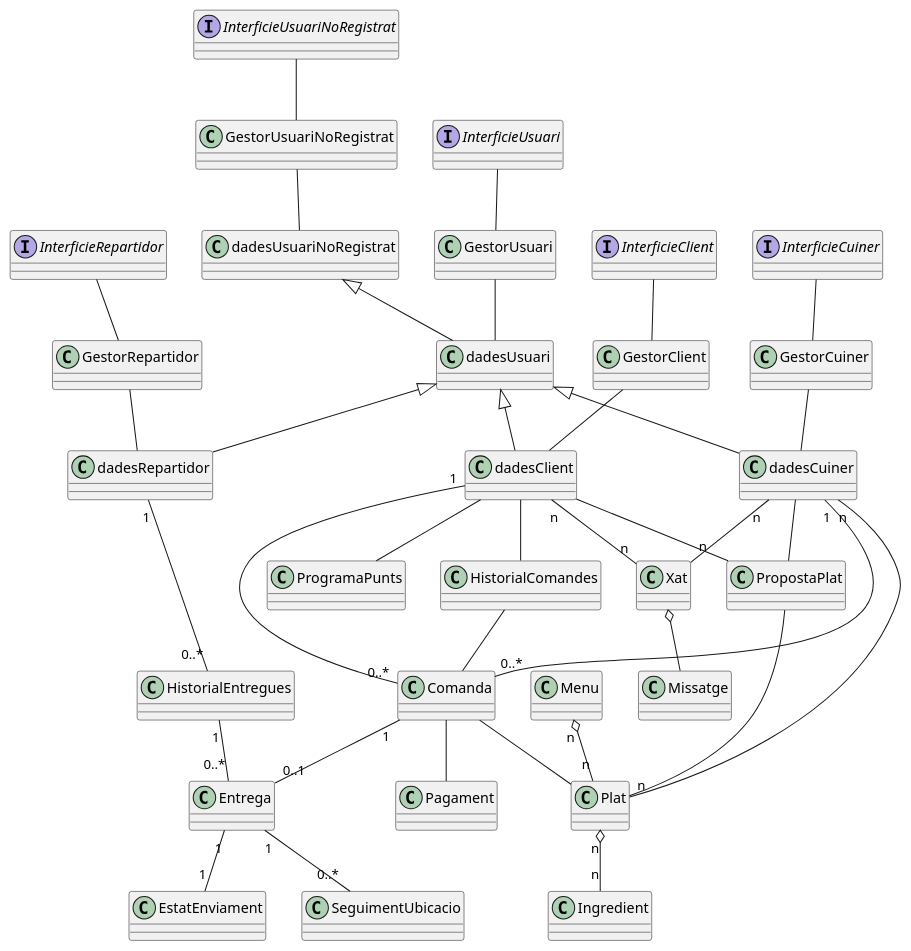
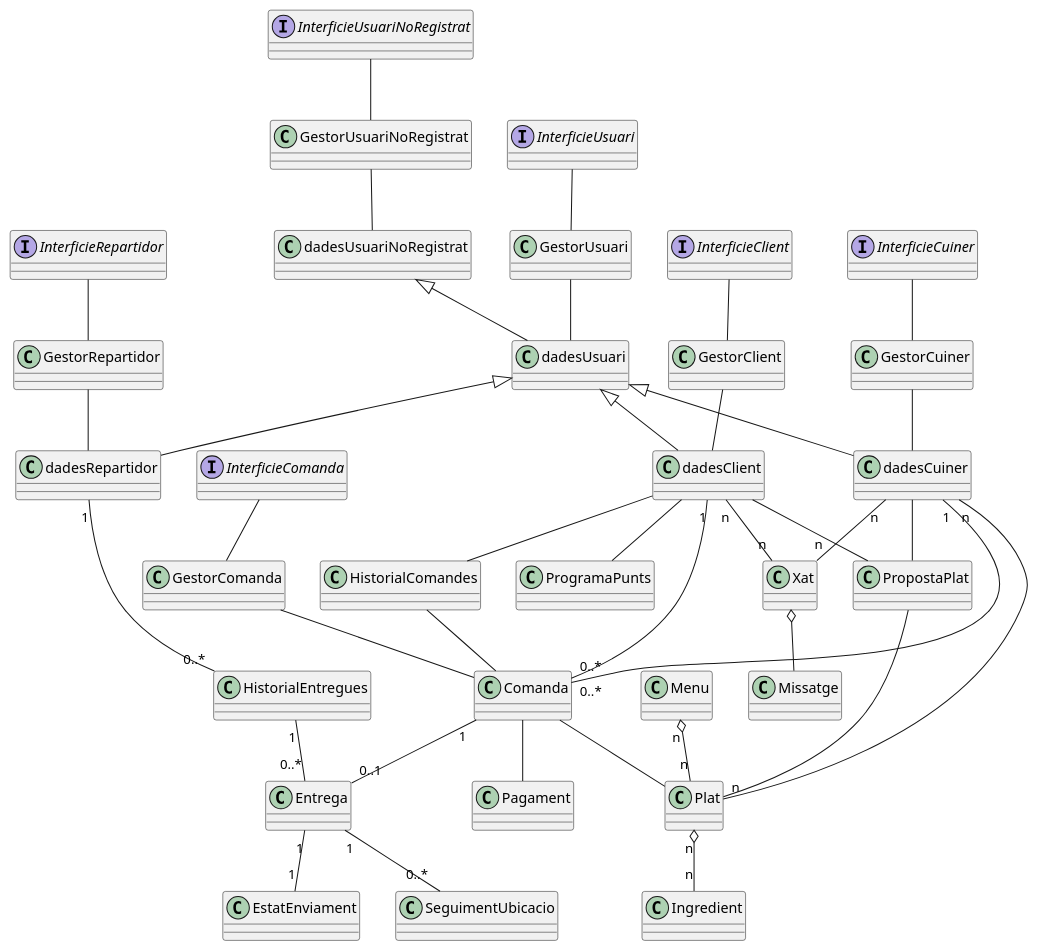
The diagram in others/sprint3/plantuml/general.puml (AndresVT24/ES23UAB-411-5), drawn with PlantUML before and after one commit.

```diff
--- a/others/sprint3/plantuml/general.puml
+++ b/others/sprint3/plantuml/general.puml
@@ -1,93 +1,97 @@
 @startuml
 
 class dadesUsuariNoRegistrat
 class dadesUsuari
 class dadesClient
 class dadesCuiner
 class dadesRepartidor
 
 class HistorialComandes
 class ProgramaPunts
 class Comanda
 class PropostaPlat
 class Menu
 class Xat
 class Pagament
 class Entrega
 class Plat
 class Missatge
 class Ingredient
 
 class GestorClient
 class GestorCuiner
 class GestorRepartidor
 class GestorUsuari
 class GestorUsuariNoRegistrat
+class GestorComanda
 
 interface InterficieClient
 interface InterficieCuiner
 interface InterficieRepartidor
 interface InterficieUsuari
 interface InterficieUsuariNoRegistrat
+interface InterficieComanda
 
 class HistorialEntregues
 class SeguimentUbicacio
 class EstatEnviament
 
 ' Herencia de usuarios
 dadesUsuariNoRegistrat <|-- dadesUsuari
 dadesUsuari <|-- dadesClient
 dadesUsuari <|-- dadesCuiner
 dadesUsuari <|-- dadesRepartidor
 
 ' Cliente
 dadesClient -- HistorialComandes
 dadesClient -- ProgramaPunts
 dadesClient -- PropostaPlat
 dadesClient "1" -- "0..*" Comanda
 dadesClient "n" -- "n" Xat
 
 HistorialComandes -- Comanda
 
 ' Cuiner
 dadesCuiner -- PropostaPlat
 dadesCuiner "1" -- "0..*" Comanda
 dadesCuiner "n" -- "n" Plat
 dadesCuiner "n" -- "n" Xat
 
 ' Comanda
 Comanda -- Pagament
 Comanda "1" -- "0..1" Entrega
 Comanda -- Plat
 
 ' Plat / Menu / Ingredients
 PropostaPlat -- Plat
 Menu "n" o-- "n" Plat
 Plat "n" o-- "n" Ingredient
 
 ' Xat
 Xat o-- Missatge
 
 ' Repartidor / Entregues
 dadesRepartidor "1" -- "0..*" HistorialEntregues
 
 HistorialEntregues "1" -- "0..*" Entrega
 
 Entrega "1" -- "0..*" SeguimentUbicacio
 Entrega "1" -- "1" EstatEnviament
 
 ' Gestor
 GestorClient -- dadesClient
 GestorCuiner -- dadesCuiner
 GestorRepartidor -- dadesRepartidor
 GestorUsuari -- dadesUsuari
 GestorUsuariNoRegistrat -- dadesUsuariNoRegistrat
+GestorComanda -- Comanda
 
 ' Interficie
 InterficieClient -- GestorClient
 InterficieCuiner -- GestorCuiner
 InterficieRepartidor -- GestorRepartidor
 InterficieUsuari -- GestorUsuari
 InterficieUsuariNoRegistrat -- GestorUsuariNoRegistrat
+InterficieComanda -- GestorComanda
 
 @enduml
```
